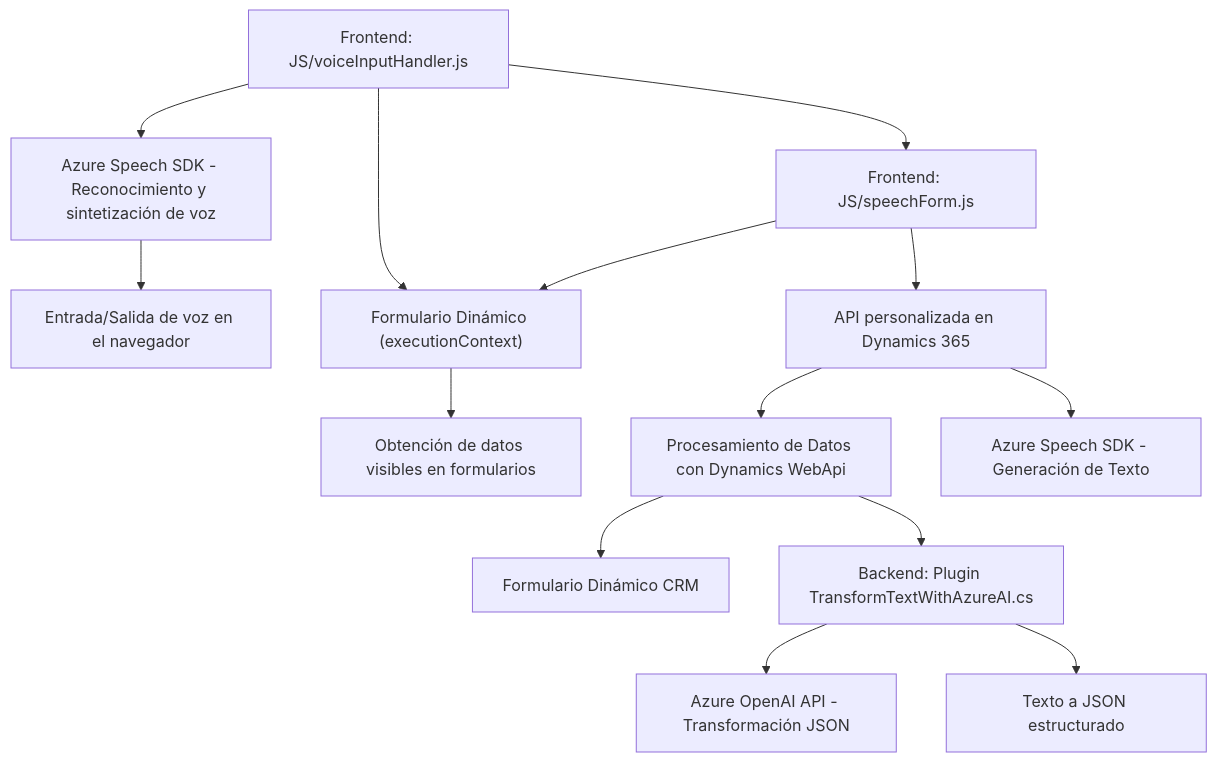
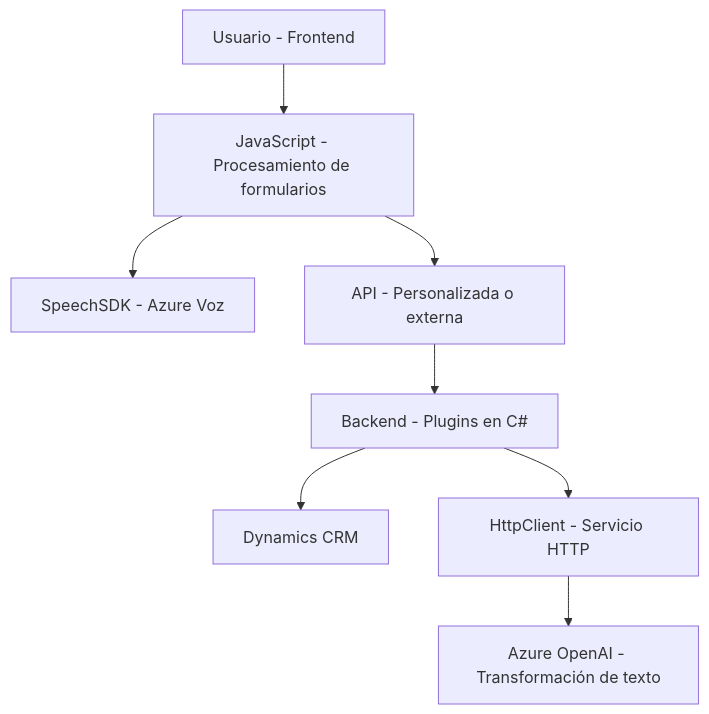
One commit to blopezdm/NETCORE_BILBAO2025 changed the diagram in README.md. Above: the diagram before and after it, drawn with Mermaid. The commit also changed other lines of this file, not shown here.

Commit message:
Actualizar análisis global de la solución con IA

````diff
--- a/README.md
+++ b/README.md
@@ -44,16 +46,19 @@
 ```mermaid
 graph TD
-    A["Frontend: JS/voiceInputHandler.js"] --> B["Azure Speech SDK - Reconocimiento y sintetización de voz"]
-    A --> C["Formulario Dinámico (executionContext)"]
-    B --> D["Entrada/Salida de voz en el navegador"]
-    C --> E["Obtención de datos visibles en formularios"]
-    A --> F["Frontend: JS/speechForm.js"]
-    F --> C
-    F --> G["API personalizada en Dynamics 365"]
-    G --> H["Procesamiento de Datos con Dynamics WebApi"]
-    G --> I["Azure Speech SDK - Generación de Texto"]
-    H --> J["Formulario Dinámico CRM"]
-    H --> K["Backend: Plugin TransformTextWithAzureAI.cs"]
-    K --> L["Azure OpenAI API - Transformación JSON"]
-    K --> M["Texto a JSON estructurado"]
+    A["Usuario - Frontend"]
+    B["JavaScript - Procesamiento de formularios"]
+    C["SpeechSDK - Azure Voz"]
+    D["API - Personalizada o externa"]
+    E["Backend - Plugins en C#"]
+    F["Dynamics CRM"]
+    G["HttpClient - Servicio HTTP"]
+    H["Azure OpenAI - Transformación de texto"]
+
+    A --> B
+    B --> C
+    B --> D
+    D --> E
+    E --> F
+    E --> G
+    G --> H
 ```
````
